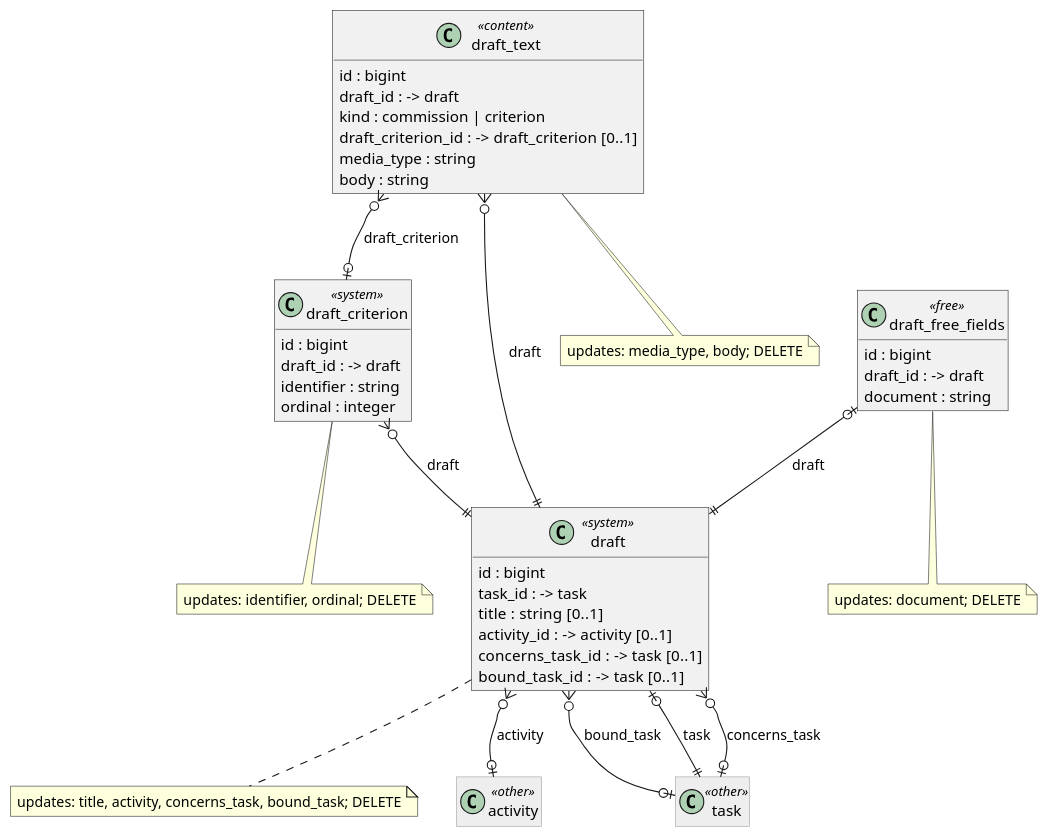
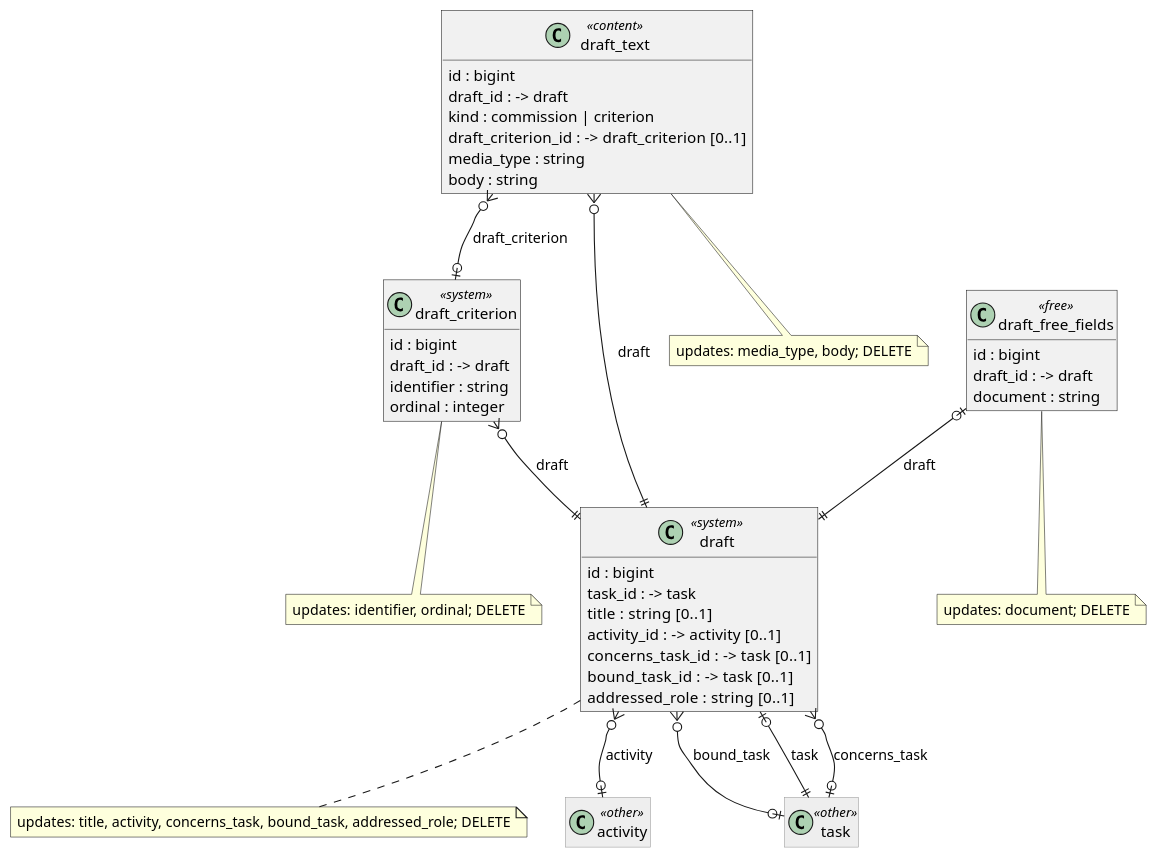
The diagram in docs/data-model/diagrams/10-draft-workspace.puml (Kumbuka-ai/kumbuka-dispatch), drawn with PlantUML before and after one commit. The commit also changed 13 other files, not shown here.

First line of the commit message:
docs(data-model): the addressed role of a commission, and the actor as an opaque identifier

```diff
--- a/docs/data-model/diagrams/10-draft-workspace.puml
+++ b/docs/data-model/diagrams/10-draft-workspace.puml
@@ -1,55 +1,56 @@
 @startuml 10-draft-workspace
 ' 10-draft-workspace (docs/data-model/groups/10-draft-workspace.md), generated from model/draft.linkml.yaml.
 ' Every table carries tenant_id and scope_id and a unique key (tenant_id, scope_id, id); every foreign
 ' key runs over tenant, scope and id (ADR-0042). Left out below. Tables of other groups are drawn grey.
 skinparam shadowing false
 skinparam roundcorner 0
 skinparam classAttributeIconSize 0
 hide methods
 hide empty members
 skinparam class<<other>> {
   BackgroundColor #EEEEEE
   BorderColor #999999
 }
 class draft <<system>> {
   id : bigint
   task_id : -> task
   title : string  [0..1]
   activity_id : -> activity  [0..1]
   concerns_task_id : -> task  [0..1]
   bound_task_id : -> task  [0..1]
+  addressed_role : string  [0..1]
 }
-note bottom of draft : updates: title, activity, concerns_task, bound_task; DELETE
+note bottom of draft : updates: title, activity, concerns_task, bound_task, addressed_role; DELETE
 class draft_criterion <<system>> {
   id : bigint
   draft_id : -> draft
   identifier : string
   ordinal : integer
 }
 note bottom of draft_criterion : updates: identifier, ordinal; DELETE
 class draft_free_fields <<free>> {
   id : bigint
   draft_id : -> draft
   document : string
 }
 note bottom of draft_free_fields : updates: document; DELETE
 class draft_text <<content>> {
   id : bigint
   draft_id : -> draft
   kind : commission | criterion
   draft_criterion_id : -> draft_criterion  [0..1]
   media_type : string
   body : string
 }
 note bottom of draft_text : updates: media_type, body; DELETE
 class activity <<other>>
 class task <<other>>
 draft |o--|| task : task
 draft }o--o| activity : activity
 draft }o--o| task : concerns_task
 draft }o--o| task : bound_task
 draft_criterion }o--|| draft : draft
 draft_free_fields |o--|| draft : draft
 draft_text }o--|| draft : draft
 draft_text }o--o| draft_criterion : draft_criterion
 @enduml
```
